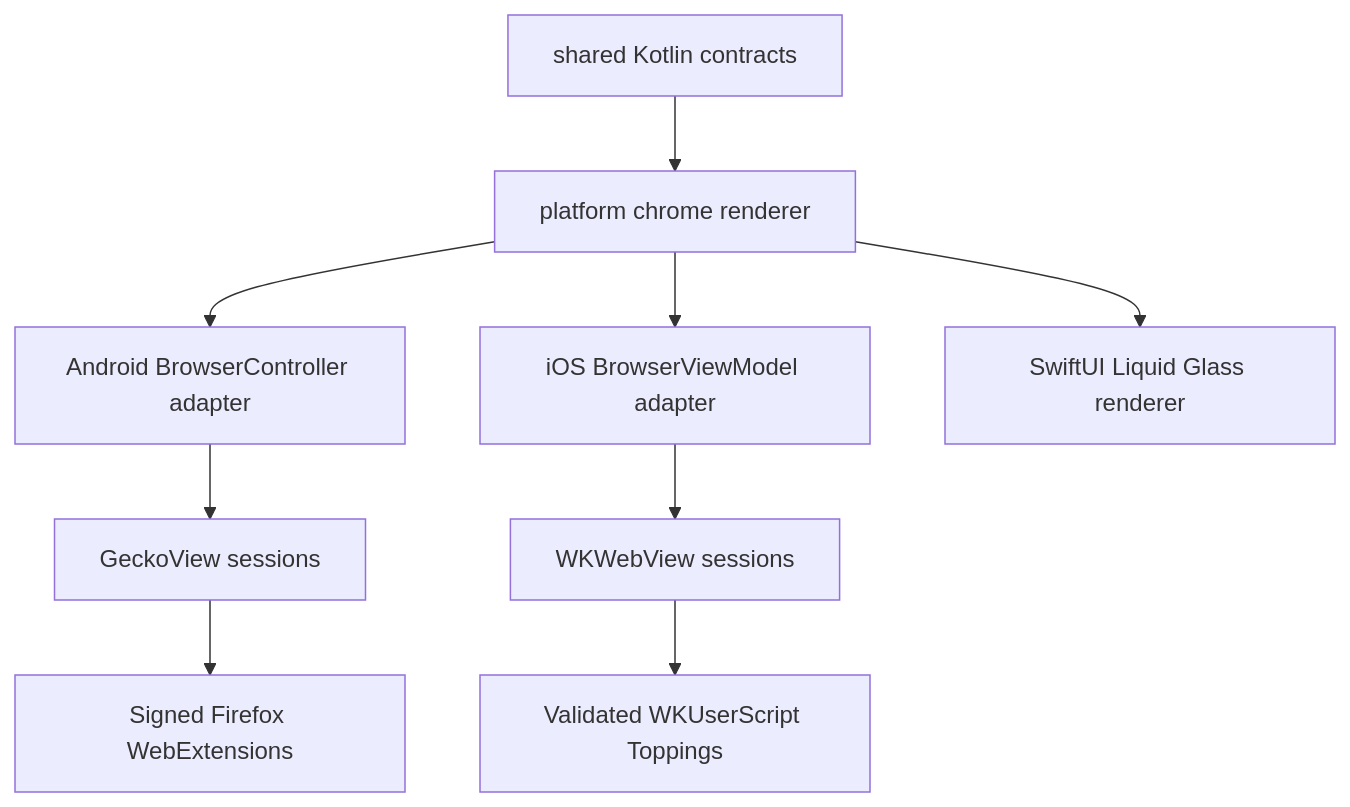
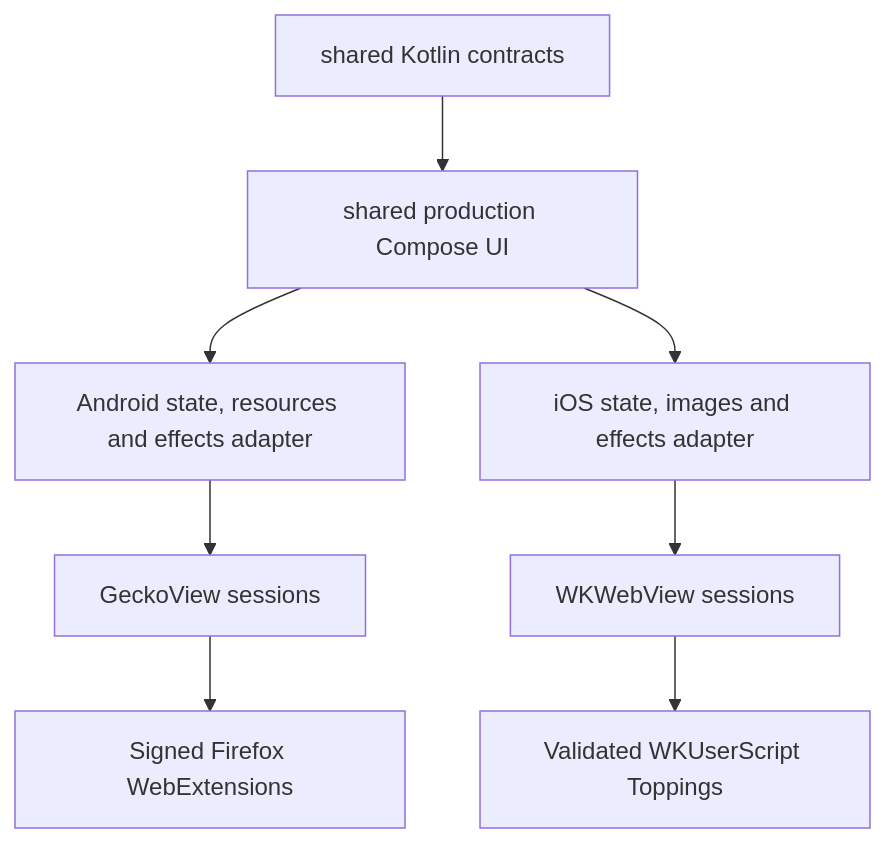
Before and after one commit to sk2andy/candy-browser: the diagram in docs/browsing/platform-engines.md, drawn with Mermaid. The commit also changed other lines of this file and 527 other files, not shown here.

Commit message:
Refactor browser architecture and update supporting resources

````diff
--- a/docs/browsing/platform-engines.md
+++ b/docs/browsing/platform-engines.md
@@ -6,11 +6,10 @@
 ```mermaid
 flowchart TD
-    K[shared Kotlin contracts] --> C[platform chrome renderer]
-    C --> A[Android BrowserController adapter]
-    C --> I[iOS BrowserViewModel adapter]
+    K[shared Kotlin contracts] --> C[shared production Compose UI]
+    C --> A[Android state, resources and effects adapter]
+    C --> I[iOS state, images and effects adapter]
     A --> G[GeckoView sessions]
     G --> X[Signed Firefox WebExtensions]
     I --> W[WKWebView sessions]
     W --> T[Validated WKUserScript Toppings]
-    C --> L[SwiftUI Liquid Glass renderer]
 ```
````
